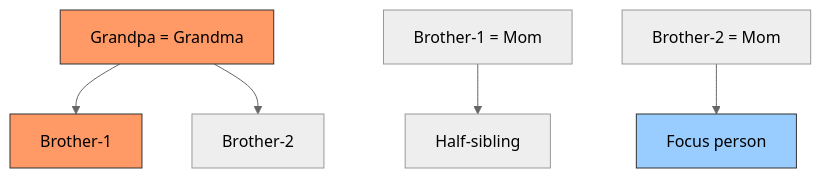
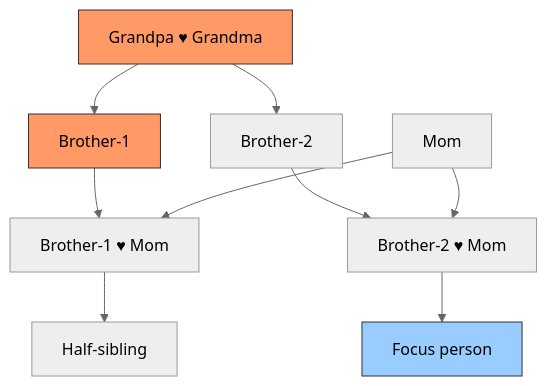
One commit to san650/ancestry changed the sixth of 13 diagrams in lib/ancestry/people/CLAUDE.md. Above: the diagram before and after it, drawn with Mermaid (neutral theme). The commit also changed other lines of this file, not shown here.

Commit message:
Improve the graphs

````diff
--- a/lib/ancestry/people/CLAUDE.md
+++ b/lib/ancestry/people/CLAUDE.md
@@ -161,14 +166,16 @@
 ```mermaid
-graph TD
-    GP["Grandpa = Grandma"]
+flowchart TD
+    GP["Grandpa ♥ Grandma"]
     GP --> B1["Brother-1"]
     GP --> B2["Brother-2"]
-    RM["Brother-1 = Mom"]
+    B1 --> RM["Brother-1 ♥ Mom"]
+    Mom --> RM
+    B2 --> MA["Brother-2 ♥ Mom"]
+    Mom --> MA
     RM --> Half["Half-sibling"]
-    MA["Brother-2 = Mom"]
     MA --> Focus["Focus person"]
 
     style GP fill:#f96,stroke:#333,color:#000
     style B1 fill:#f96,stroke:#333,color:#000
     style Focus fill:#9cf,stroke:#333,color:#000
 ```
````
